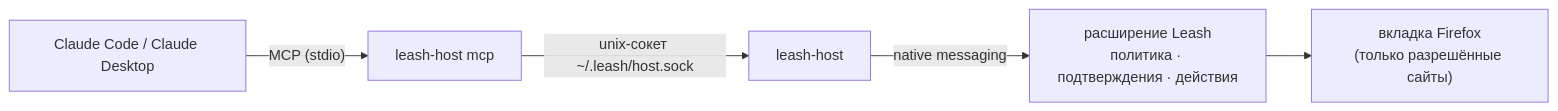
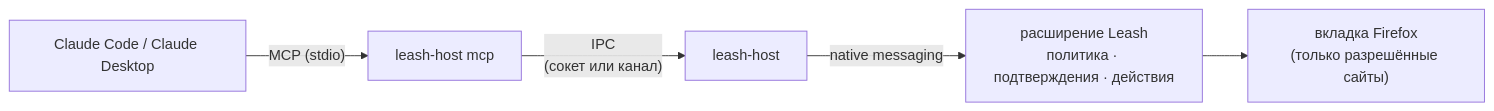
One commit to Kirusshenkin/Leash changed the diagram in README.ru.md. Above: the diagram before and after it, drawn with Mermaid. The commit also changed other lines of this file and 10 other files, not shown here.

First line of the commit message:
Add Windows support for leash-host bridge

````diff
--- a/README.ru.md
+++ b/README.ru.md
@@ -47,7 +47,7 @@
 ```mermaid
 flowchart LR
     C["Claude Code / Claude Desktop"] -- "MCP (stdio)" --> M["leash-host mcp"]
-    M -- "unix-сокет ~/.leash/host.sock" --> H["leash-host"]
+    M -- "IPC<br/>(сокет или канал)" --> H["leash-host"]
     H -- "native messaging" --> E["расширение Leash<br/>политика · подтверждения · действия"]
     E --> T["вкладка Firefox<br/>(только разрешённые сайты)"]
 ```
````
